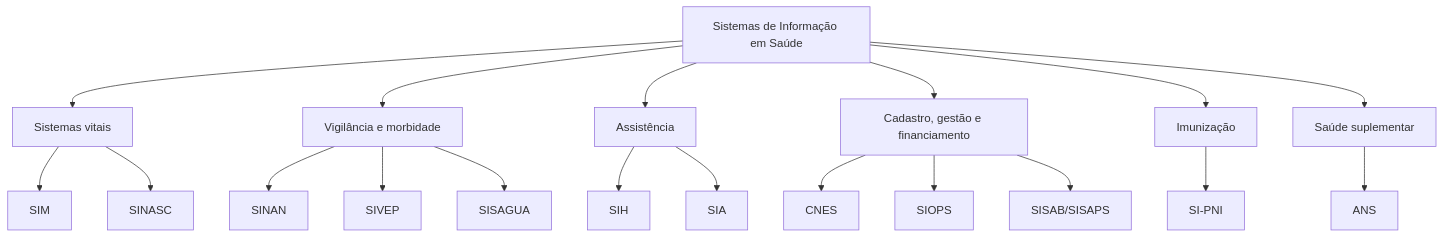
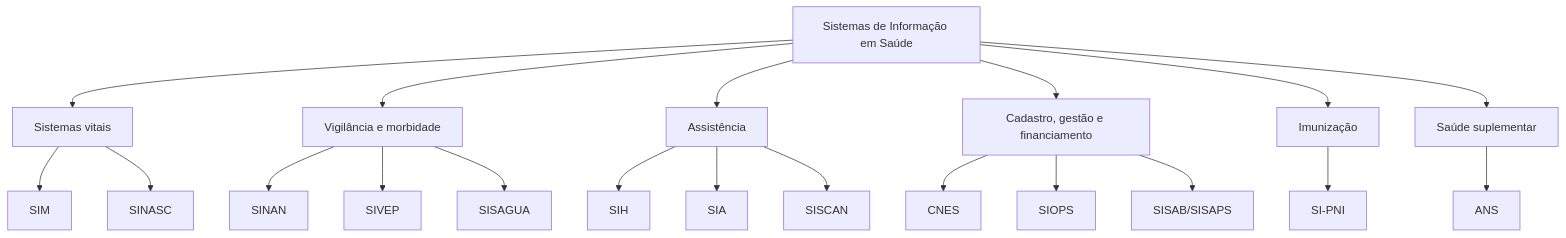
One commit to rfsaldanha/sis changed the diagram in organizacao.qmd. Above: the diagram before and after it, drawn with Mermaid. The commit also changed other lines of this file and 77 other files, not shown here.

````diff
--- a/organizacao.qmd
+++ b/organizacao.qmd
@@ -61,23 +61,24 @@
 ```{mermaid}
 flowchart TD
   SIS[Sistemas de Informação em Saúde]
   SIS --> Vitais[Sistemas vitais]
   SIS --> Vig[Vigilância e morbidade]
   SIS --> Assist[Assistência]
   SIS --> Gestao[Cadastro, gestão e financiamento]
   SIS --> Imun[Imunização]
   SIS --> Supl[Saúde suplementar]
 
   Vitais --> SIM[SIM]
   Vitais --> SINASC[SINASC]
   Vig --> SINAN[SINAN]
   Vig --> SIVEP[SIVEP]
   Vig --> SISAGUA[SISAGUA]
   Assist --> SIH[SIH]
   Assist --> SIA[SIA]
+  Assist --> SISCAN[SISCAN]
   Gestao --> CNES[CNES]
   Gestao --> SIOPS[SIOPS]
   Gestao --> SISAPS[SISAB/SISAPS]
   Imun --> SIPNI[SI-PNI]
   Supl --> ANS[ANS]
 ```
````
